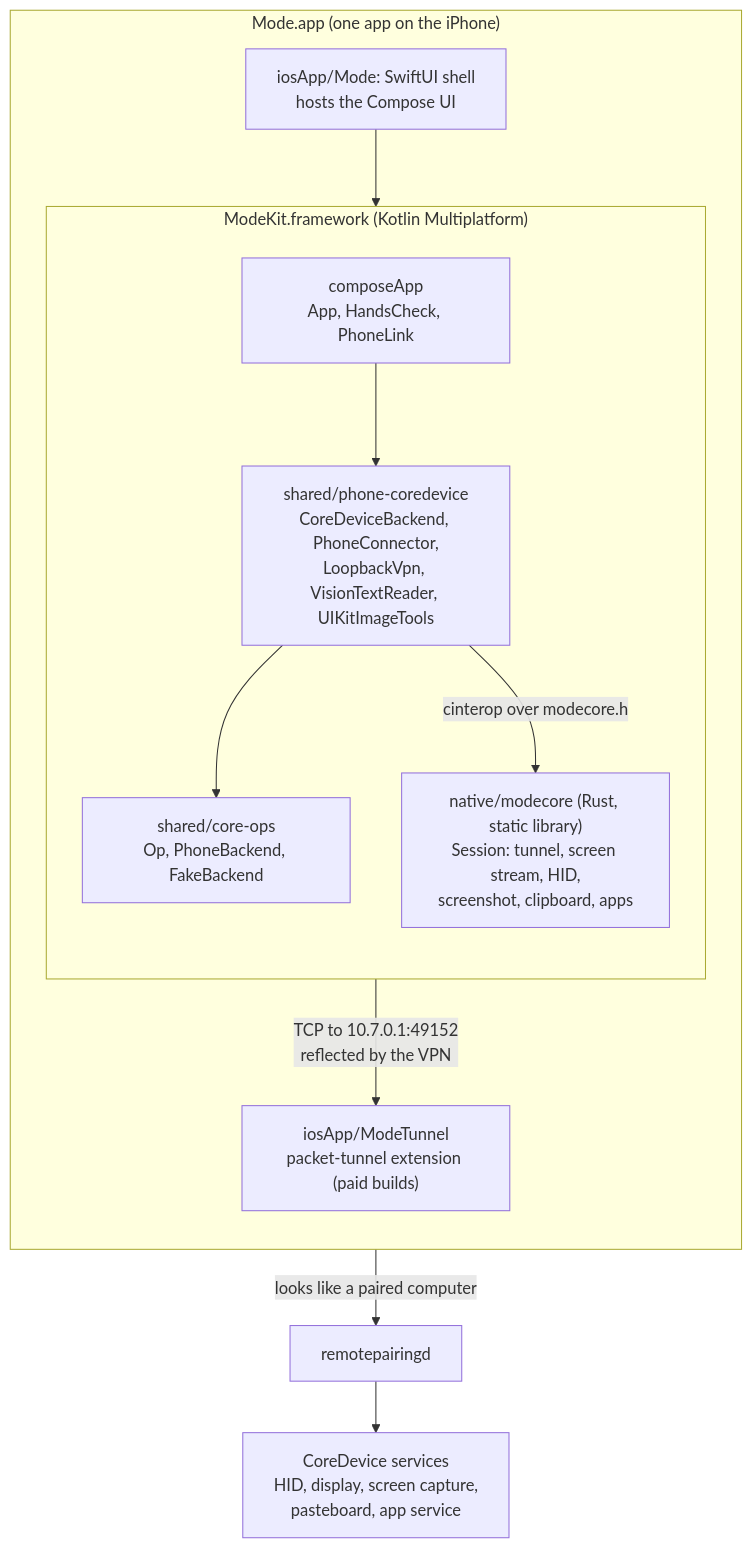
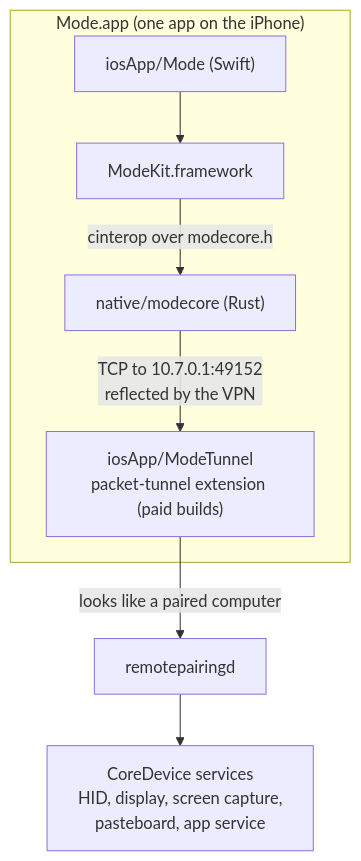
Before and after one commit to Piyusinha/mode: the second of 5 diagrams in docs/architecture.md, drawn with Mermaid. The commit also changed other lines of this file and 2 other files, not shown here.

````diff
--- a/docs/architecture.md
+++ b/docs/architecture.md
@@ -5,21 +111,11 @@
 ```mermaid
 flowchart TB
-    subgraph app["Mode.app (one app on the iPhone)"]
-        direction TB
-        swift["iosApp/Mode: SwiftUI shell<br/>hosts the Compose UI"]
-        subgraph kit["ModeKit.framework (Kotlin Multiplatform)"]
-            direction TB
-            ui["composeApp<br/>App, HandsCheck, PhoneLink"]
-            cd["shared/phone-coredevice<br/>CoreDeviceBackend, PhoneConnector,<br/>LoopbackVpn, VisionTextReader, UIKitImageTools"]
-            ops["shared/core-ops<br/>Op, PhoneBackend, FakeBackend"]
-            native["native/modecore (Rust, static library)<br/>Session: tunnel, screen stream, HID,<br/>screenshot, clipboard, apps"]
-            ui --> cd --> ops
-            cd -- "cinterop over modecore.h" --> native
-        end
+    subgraph phone["Mode.app (one app on the iPhone)"]
+        swift["iosApp/Mode (Swift)"] --> kit2["ModeKit.framework"]
+        kit2 -- "cinterop over modecore.h" --> native2["native/modecore (Rust)"]
         tunnel["iosApp/ModeTunnel<br/>packet-tunnel extension (paid builds)"]
-        swift --> ui
     end
-    native -- "TCP to 10.7.0.1:49152<br/>reflected by the VPN" --> tunnel
+    native2 -- "TCP to 10.7.0.1:49152<br/>reflected by the VPN" --> tunnel
     tunnel -- "looks like a paired computer" --> rpd["remotepairingd"]
     rpd --> svc["CoreDevice services<br/>HID, display, screen capture,<br/>pasteboard, app service"]
 ```
````
